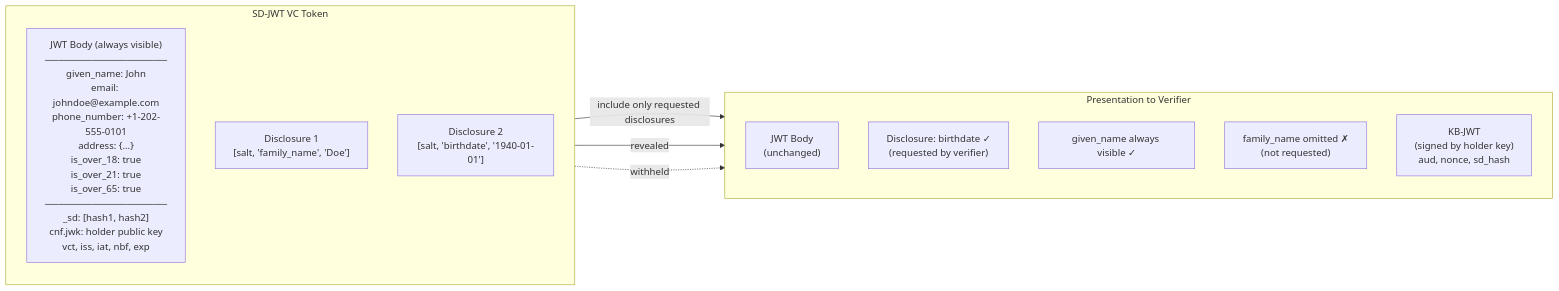
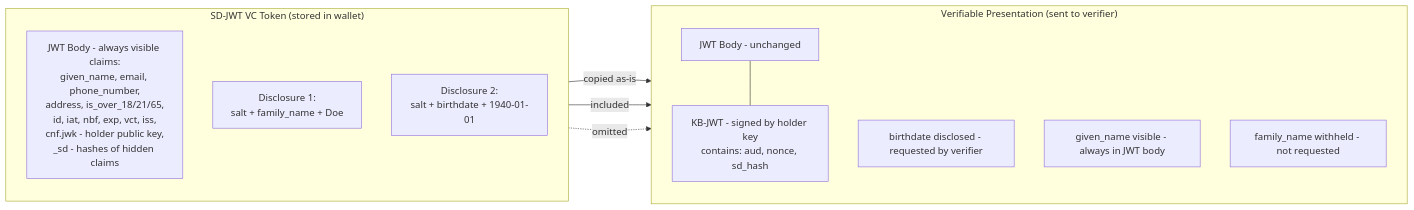
The second of 2 diagrams in local-test/test-sd-jwt-flow.md (sbir3japanlin/waltid-identity), drawn with Mermaid before and after one commit. The commit also changed other lines of this file, not shown here.

Commit message:
fix mermaid diagrams for extension compatibility (remove html tags and unicode)

````diff
--- a/local-test/test-sd-jwt-flow.md
+++ b/local-test/test-sd-jwt-flow.md
@@ -83,22 +82,23 @@
 ```mermaid
 flowchart LR
-    subgraph SD-JWT VC Token
+    subgraph TOKEN["SD-JWT VC Token (stored in wallet)"]
         direction TB
-        JWT["JWT Body (always visible)\n──────────────────\ngiven_name: John\nemail: johndoe@example.com\nphone_number: +1-202-555-0101\naddress: {...}\nis_over_18: true\nis_over_21: true\nis_over_65: true\n──────────────────\n_sd: [hash1, hash2]\ncnf.jwk: holder public key\nvct, iss, iat, nbf, exp"]
-        D1["Disclosure 1\n[salt, 'family_name', 'Doe']"]
-        D2["Disclosure 2\n[salt, 'birthdate', '1940-01-01']"]
+        JWT["JWT Body - always visible claims:\ngiven_name, email, phone_number,\naddress, is_over_18/21/65,\nid, iat, nbf, exp, vct, iss,\ncnf.jwk - holder public key,\n_sd - hashes of hidden claims"]
+        D1["Disclosure 1:\nsalt + family_name + Doe"]
+        D2["Disclosure 2:\nsalt + birthdate + 1940-01-01"]
     end
 
-    subgraph Presentation to Verifier
+    subgraph VP["Verifiable Presentation (sent to verifier)"]
         direction TB
-        P1["JWT Body\n(unchanged)"]
-        P2["Disclosure: birthdate ✓\n(requested by verifier)"]
-        P3["given_name always visible ✓"]
-        P4["family_name omitted ✗\n(not requested)"]
-        KB["KB-JWT\n(signed by holder key)\naud, nonce, sd_hash"]
+        P1["JWT Body - unchanged"]
+        P2["birthdate disclosed - requested by verifier"]
+        P3["given_name visible - always in JWT body"]
+        P4["family_name withheld - not requested"]
+        KB["KB-JWT - signed by holder key\ncontains: aud, nonce, sd_hash"]
     end
 
-    JWT -->|"include only requested disclosures"| P1
-    D2 -->|"revealed"| P2
-    D1 -.->|"withheld"| P4
+    JWT -->|"copied as-is"| P1
+    D2 -->|"included"| P2
+    D1 -.->|"omitted"| P4
+    P1 --- KB
 ```
````
